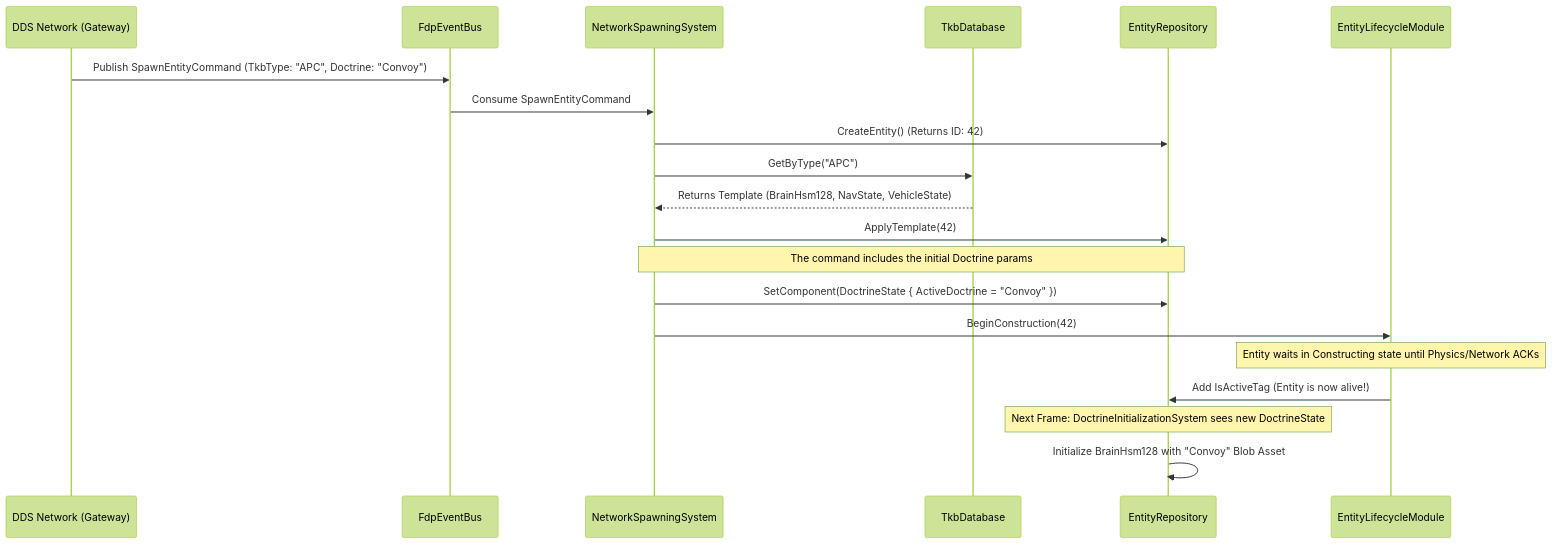
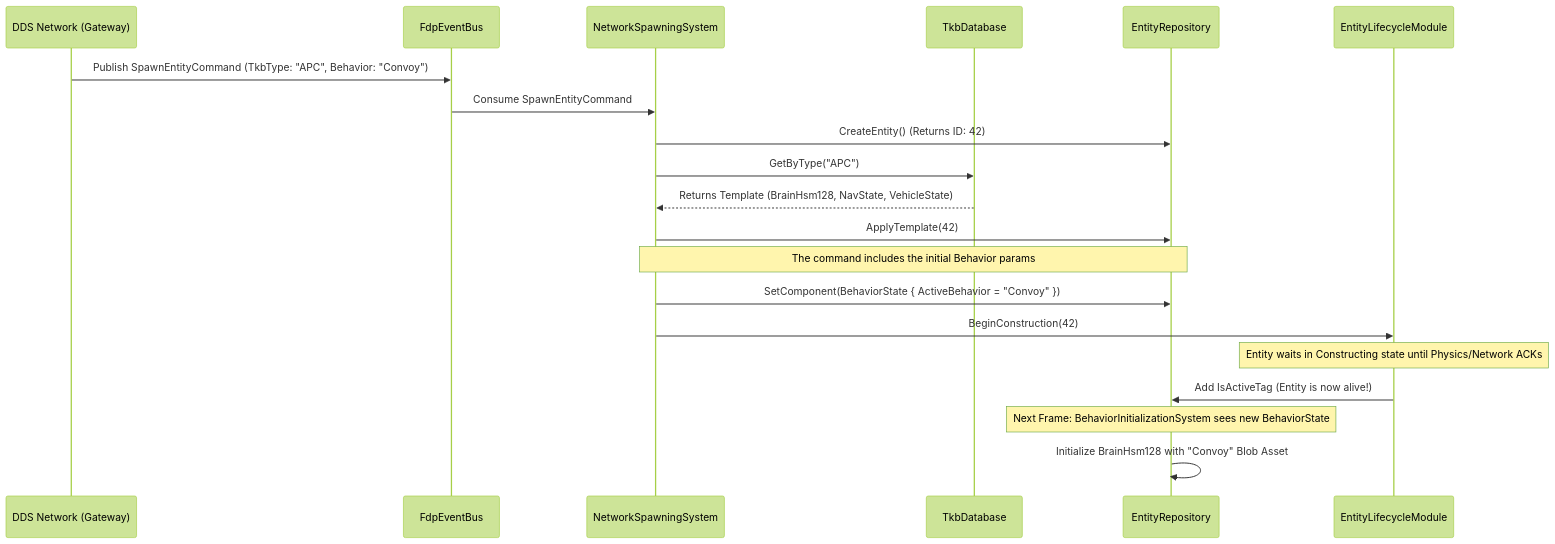
The second of 5 diagrams in Docs/projects/behavior-control/Behavior Control Subsystem Design.json.md (pjanec/HROT), drawn with Mermaid (forest theme) before and after one commit. The commit also changed other lines of this file and 106 other files, not shown here.

Commit message:
refac: renamed doctrine => behavior

````diff
--- a/Docs/projects/behavior-control/Behavior Control Subsystem Design.json.md
+++ b/Docs/projects/behavior-control/Behavior Control Subsystem Design.json.md
@@ -1139,30 +1139,30 @@
 ```mermaid
 sequenceDiagram
     participant Net as DDS Network (Gateway)
     participant Bus as FdpEventBus
     participant SpawnSys as NetworkSpawningSystem
     participant TKB as TkbDatabase
     participant ECS as EntityRepository
     participant ELM as EntityLifecycleModule
 
-    Net->>Bus: Publish SpawnEntityCommand (TkbType: "APC", Doctrine: "Convoy")
+    Net->>Bus: Publish SpawnEntityCommand (TkbType: "APC", Behavior: "Convoy")
     Bus->>SpawnSys: Consume SpawnEntityCommand
     
     SpawnSys->>ECS: CreateEntity() (Returns ID: 42)
     
     SpawnSys->>TKB: GetByType("APC")
     TKB-->>SpawnSys: Returns Template (BrainHsm128, NavState, VehicleState)
     SpawnSys->>ECS: ApplyTemplate(42)
     
-    Note over SpawnSys, ECS: The command includes the initial Doctrine params
-    SpawnSys->>ECS: SetComponent(DoctrineState { ActiveDoctrine = "Convoy" })
+    Note over SpawnSys, ECS: The command includes the initial Behavior params
+    SpawnSys->>ECS: SetComponent(BehaviorState { ActiveBehavior = "Convoy" })
     
     SpawnSys->>ELM: BeginConstruction(42)
     
     Note over ELM: Entity waits in Constructing state until Physics/Network ACKs
     
     ELM->>ECS: Add IsActiveTag (Entity is now alive!)
     
-    Note over ECS: Next Frame: DoctrineInitializationSystem sees new DoctrineState
+    Note over ECS: Next Frame: BehaviorInitializationSystem sees new BehaviorState
     ECS->>ECS: Initialize BrainHsm128 with "Convoy" Blob Asset
 ```
````
